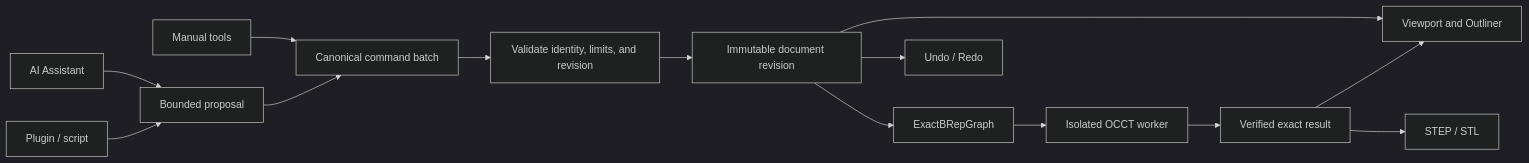
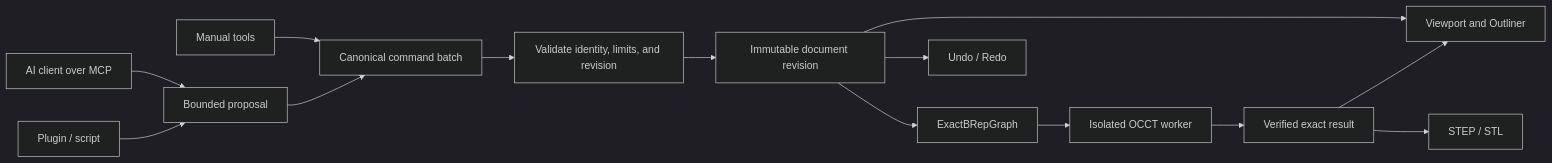
Before and after one commit to pietrobb/Ketchup: the diagram in README.md, drawn with Mermaid (dark theme). The commit also changed other lines of this file and 84 other files, not shown here.

````diff
--- a/README.md
+++ b/README.md
@@ -54,16 +54,16 @@
 ```mermaid
 flowchart LR
     UI[Manual tools] --> CMD[Canonical command batch]
-    AI[AI Assistant] --> PLAN[Bounded proposal]
+    AI[AI client over MCP] --> PLAN[Bounded proposal]
     SDK[Plugin / script] --> PLAN
     PLAN --> CMD
     CMD --> CHECK[Validate identity, limits, and revision]
     CHECK --> DOC[Immutable document revision]
     DOC --> GRAPH[ExactBRepGraph]
     GRAPH --> WORKER[Isolated OCCT worker]
     WORKER --> RESULT[Verified exact result]
     DOC --> VIEW[Viewport and Outliner]
     RESULT --> VIEW
     RESULT --> EXPORT[STEP / STL]
     DOC --> UNDO[Undo / Redo]
 ```
````
